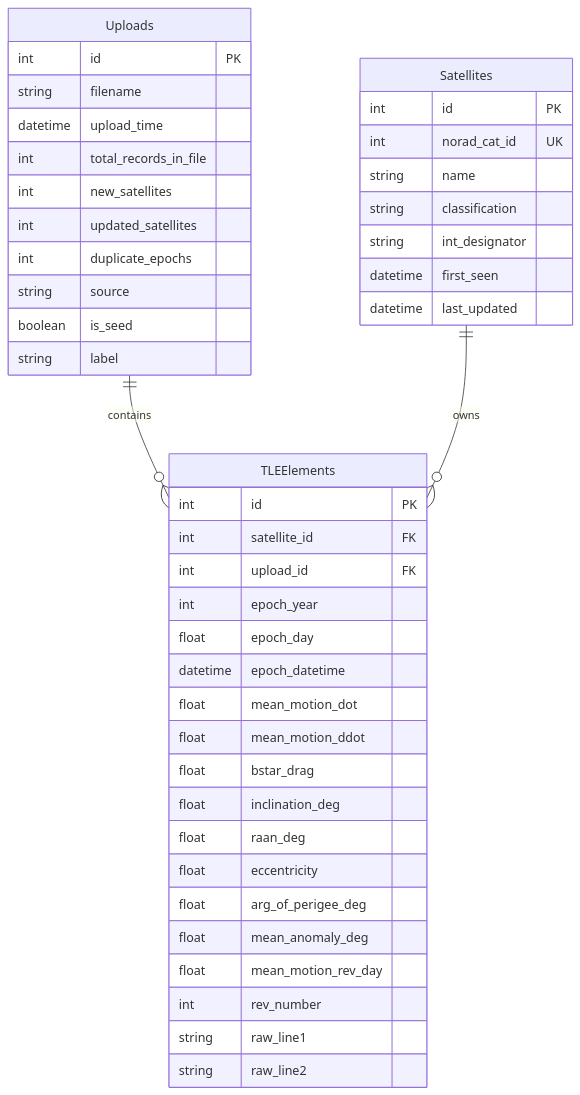
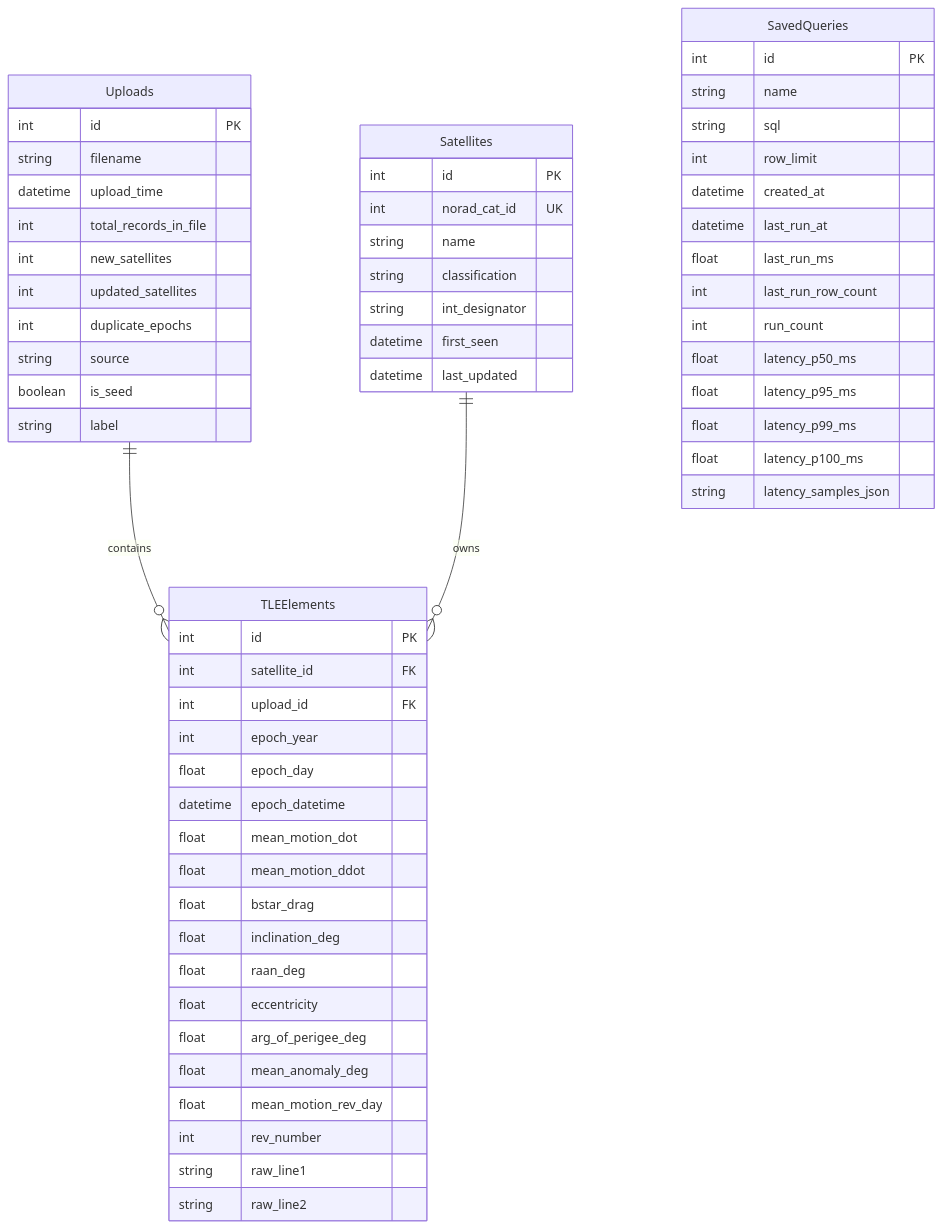
The diagram in docs/architecture.md (sethusrinivasan/satellite-tracker), drawn with Mermaid before and after one commit. The commit also changed other lines of this file and 76 other files, not shown here.

````diff
--- a/docs/architecture.md
+++ b/docs/architecture.md
@@ -80,49 +97,66 @@
 ```mermaid
 erDiagram
     Uploads ||--o{ TLEElements : contains
     Satellites ||--o{ TLEElements : owns
 
     Uploads {
         int id PK
         string filename
         datetime upload_time
         int total_records_in_file
         int new_satellites
         int updated_satellites
         int duplicate_epochs
         string source
         boolean is_seed
         string label
     }
 
     Satellites {
         int id PK
         int norad_cat_id UK
         string name
         string classification
         string int_designator
         datetime first_seen
         datetime last_updated
     }
 
     TLEElements {
         int id PK
         int satellite_id FK
         int upload_id FK
         int epoch_year
         float epoch_day
         datetime epoch_datetime
         float mean_motion_dot
         float mean_motion_ddot
         float bstar_drag
         float inclination_deg
         float raan_deg
         float eccentricity
         float arg_of_perigee_deg
         float mean_anomaly_deg
         float mean_motion_rev_day
         int rev_number
         string raw_line1
         string raw_line2
     }
+
+    SavedQueries {
+        int id PK
+        string name
+        string sql
+        int row_limit
+        datetime created_at
+        datetime last_run_at
+        float last_run_ms
+        int last_run_row_count
+        int run_count
+        float latency_p50_ms
+        float latency_p95_ms
+        float latency_p99_ms
+        float latency_p100_ms
+        string latency_samples_json
+    }
 ```
````
